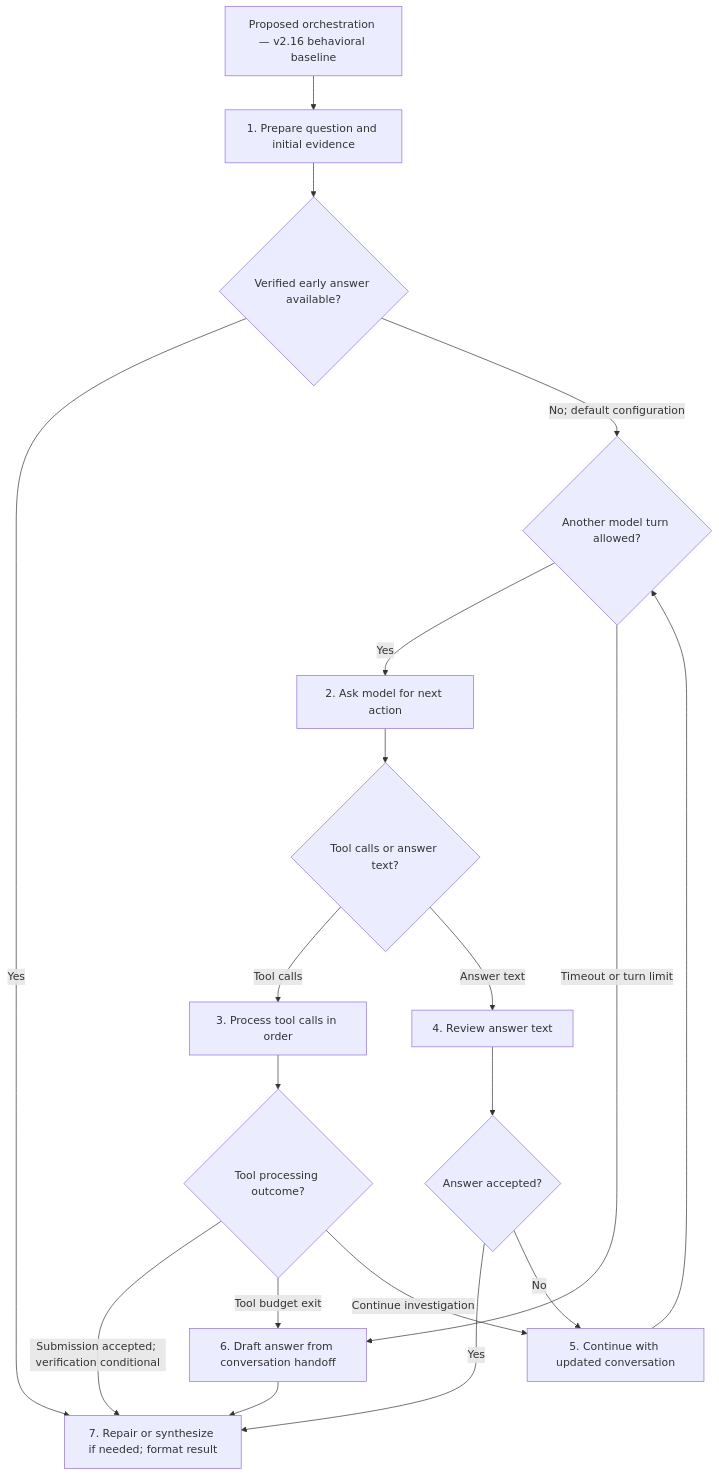
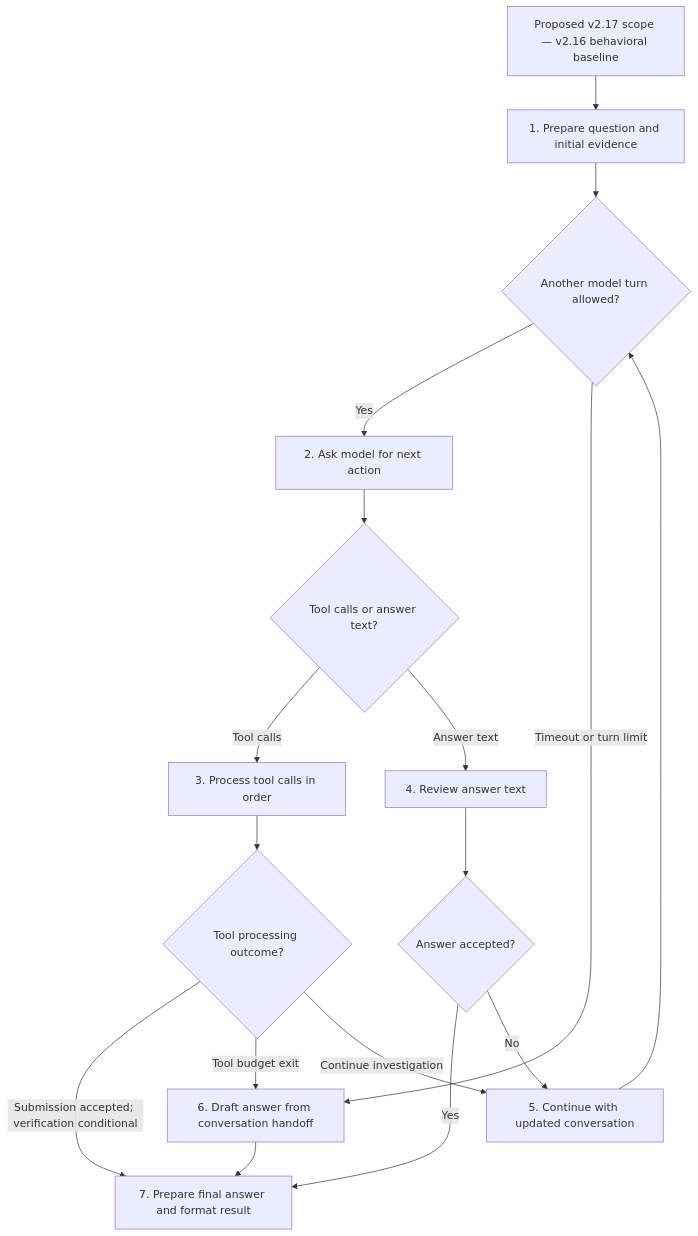
Before and after one commit to kubilaycaglayan/advanced-rag-with-langfuse: the diagram in docs/langgraph-agent-graph-proposal.md, drawn with Mermaid. The commit also changed other lines of this file, not shown here.

````diff
--- a/docs/langgraph-agent-graph-proposal.md
+++ b/docs/langgraph-agent-graph-proposal.md
@@ -23,34 +21,31 @@
 ```mermaid
 flowchart TD
-    signature["Proposed orchestration — v2.16 behavioral baseline"]
+    signature["Proposed v2.17 scope — v2.16 behavioral baseline"]
     prepare["1. Prepare question and initial evidence"]
-    early{"Verified early answer available?"}
     budget{"Another model turn allowed?"}
     think["2. Ask model for next action"]
     route{"Tool calls or answer text?"}
     tools["3. Process tool calls in order"]
     review["4. Review answer text"]
     outcome{"Tool processing outcome?"}
     accepted{"Answer accepted?"}
     feedback["5. Continue with updated conversation"]
     forced["6. Draft answer from conversation handoff"]
-    finish["7. Repair or synthesize if needed; format result"]
+    finish["7. Prepare final answer and format result"]
+    prepare --> budget
     signature --> prepare
-    prepare --> early
-    early -->|"Yes"| finish
-    early -->|"No; default configuration"| budget
     budget -->|"Yes"| think
     budget -->|"Timeout or turn limit"| forced
     think --> route
     route -->|"Tool calls"| tools
     route -->|"Answer text"| review
     tools --> outcome
     outcome -->|"Submission accepted; verification conditional"| finish
     outcome -->|"Tool budget exit"| forced
     outcome -->|"Continue investigation"| feedback
     review --> accepted
     accepted -->|"Yes"| finish
     accepted -->|"No"| feedback
     feedback --> budget
     forced --> finish
 ```
````
